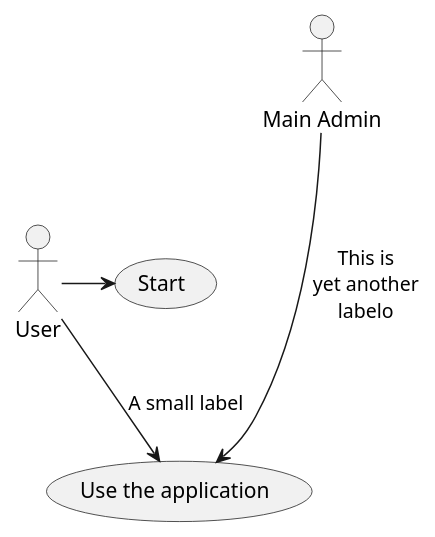
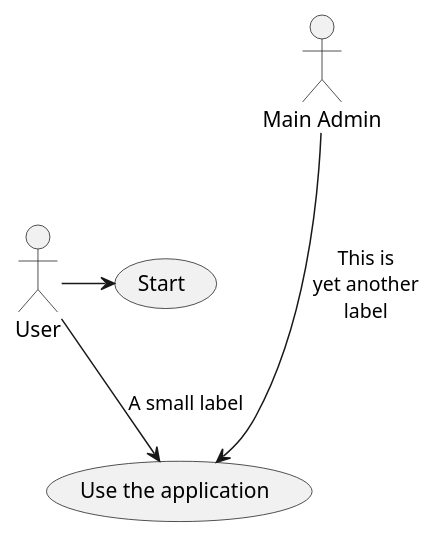
One commit to weichware10/meilensteine changed the diagram in meilenstein_05/.template/usecase-{modul}/usecase-{modul}.puml. Above: the diagram before and after it, drawn with PlantUML.

Commit message:
bg color FFFFFF

```diff
--- a/meilenstein_05/.template/usecase-{modul}/usecase-{modul}.puml
+++ b/meilenstein_05/.template/usecase-{modul}/usecase-{modul}.puml
@@ -1,9 +1,9 @@
 @startuml {modul}
-skinparam backgroundColor white
+skinparam backgroundColor #FFFFFF
 
 User -> (Start)
 User --> (Use the application) : A small label
 
-:Main Admin: ---> (Use the application) : This is\nyet another\nlabelo
+:Main Admin: ---> (Use the application) : This is\nyet another\nlabel
 
 @enduml
```
